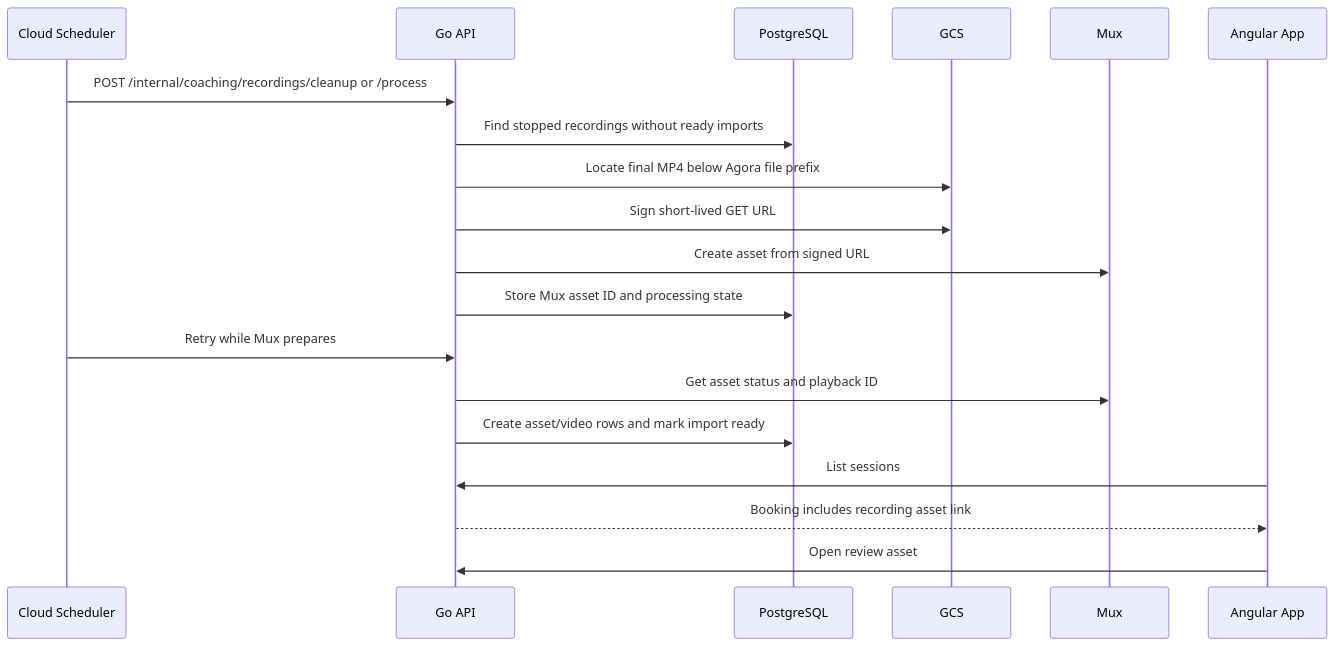
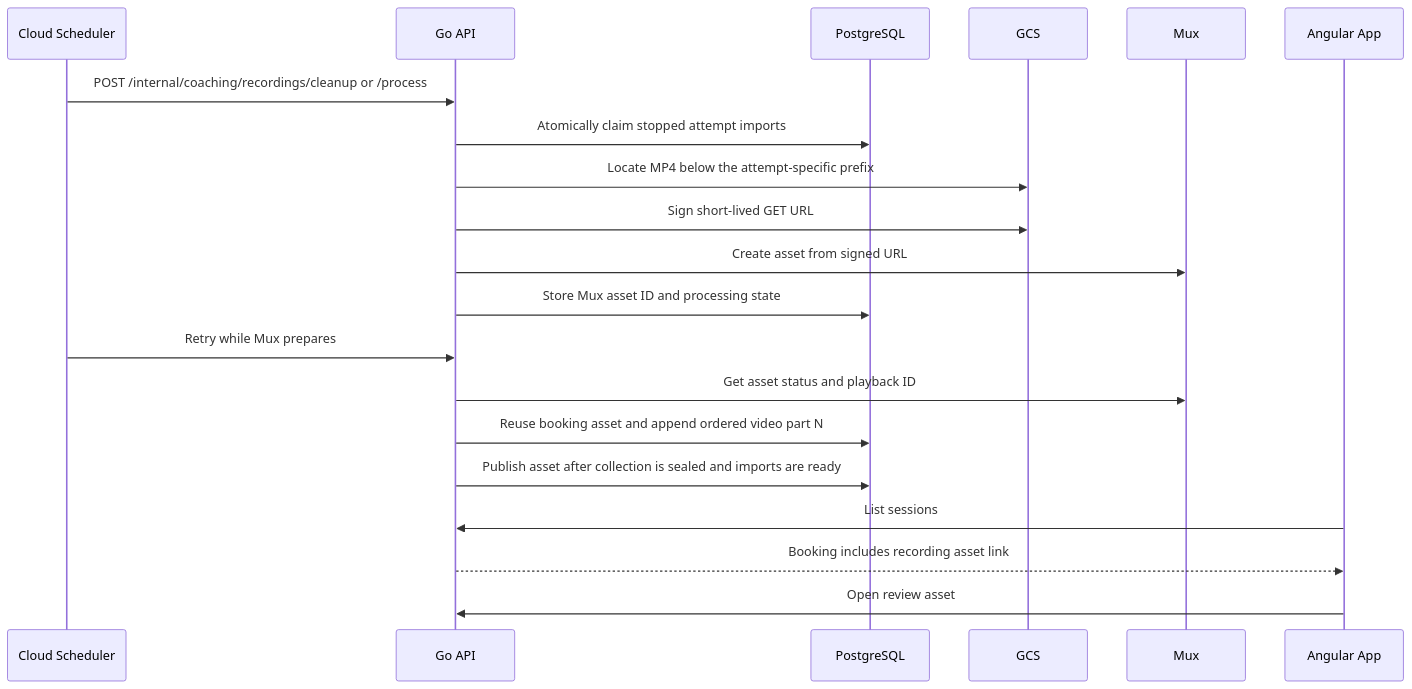
The sixth of 10 diagrams in README.md (OZIOisgood/zeta), drawn with Mermaid before and after one commit. The commit also changed other lines of this file and 37 other files, not shown here.

````diff
--- a/README.md
+++ b/README.md
@@ -361,22 +367,23 @@
 ```mermaid
 sequenceDiagram
     participant S as Cloud Scheduler
     participant A as Go API
     participant D as PostgreSQL
     participant G as GCS
     participant M as Mux
     participant W as Angular App
 
     S->>A: POST /internal/coaching/recordings/cleanup or /process
-    A->>D: Find stopped recordings without ready imports
-    A->>G: Locate final MP4 below Agora file prefix
+    A->>D: Atomically claim stopped attempt imports
+    A->>G: Locate MP4 below the attempt-specific prefix
     A->>G: Sign short-lived GET URL
     A->>M: Create asset from signed URL
     A->>D: Store Mux asset ID and processing state
     S->>A: Retry while Mux prepares
     A->>M: Get asset status and playback ID
-    A->>D: Create asset/video rows and mark import ready
+    A->>D: Reuse booking asset and append ordered video part N
+    A->>D: Publish asset after collection is sealed and imports are ready
     W->>A: List sessions
     A-->>W: Booking includes recording asset link
     W->>A: Open review asset
 ```
````
